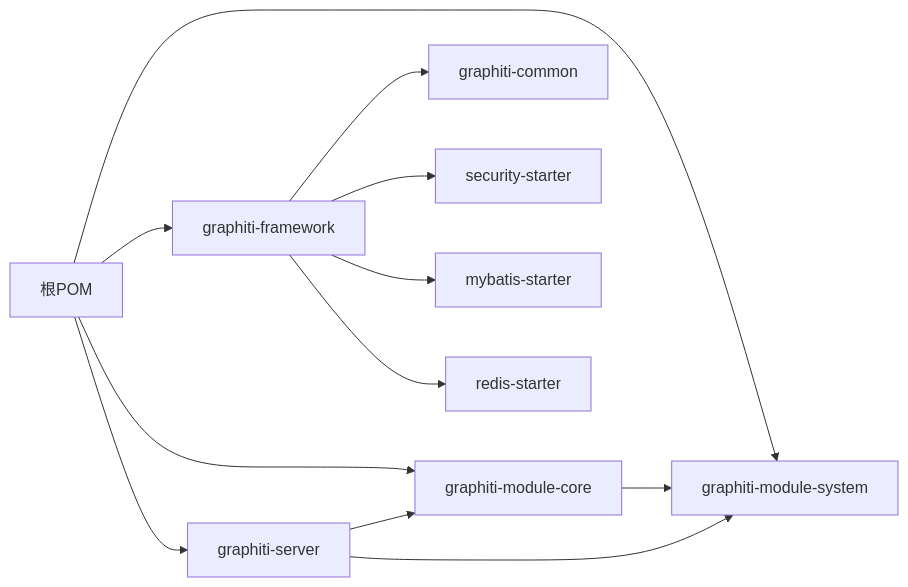
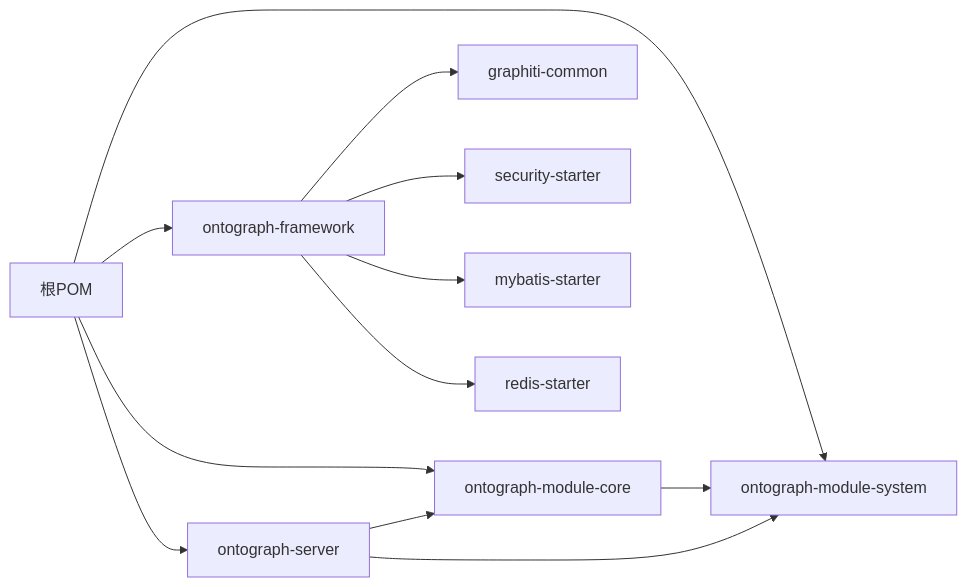
One commit to joezxh/graphiti-java changed the seventh of 7 diagrams in docs/manual/架构设计/模块化设计/模块化设计.md. Above: the diagram before and after it, drawn with Mermaid. The commit also changed other lines of this file and 200 other files, not shown here.

````diff
--- a/docs/manual/架构设计/模块化设计/模块化设计.md
+++ b/docs/manual/架构设计/模块化设计/模块化设计.md
@@ -310,14 +310,14 @@
 ```mermaid
 graph LR
-ROOT["根POM"] --> SYS["graphiti-module-system"]
-ROOT --> CORE["graphiti-module-core"]
-ROOT --> SRV["graphiti-server"]
-ROOT --> FW["graphiti-framework"]
+ROOT["根POM"] --> SYS["ontograph-module-system"]
+ROOT --> CORE["ontograph-module-core"]
+ROOT --> SRV["ontograph-server"]
+ROOT --> FW["ontograph-framework"]
 FW --> COM["graphiti-common"]
 FW --> SEC["security-starter"]
 FW --> MYB["mybatis-starter"]
 FW --> RED["redis-starter"]
 CORE --> SYS
 SRV --> SYS
 SRV --> CORE
 ```
````
